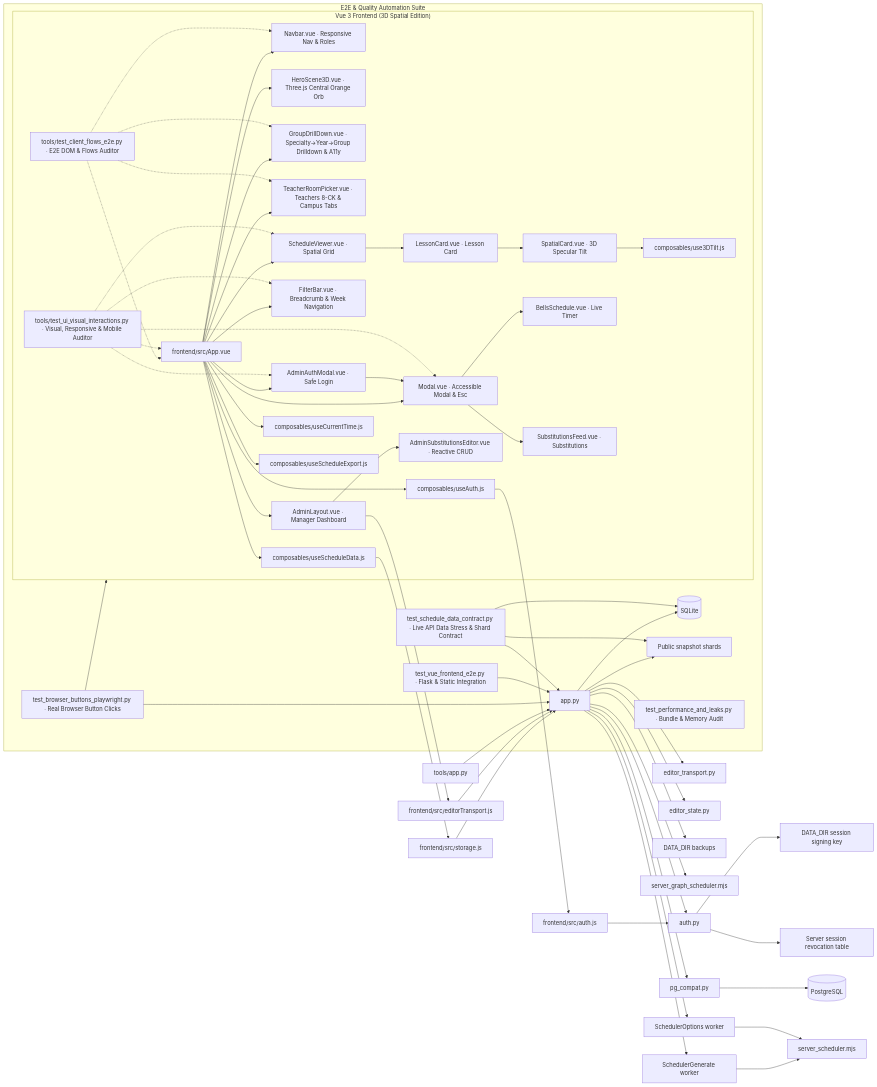
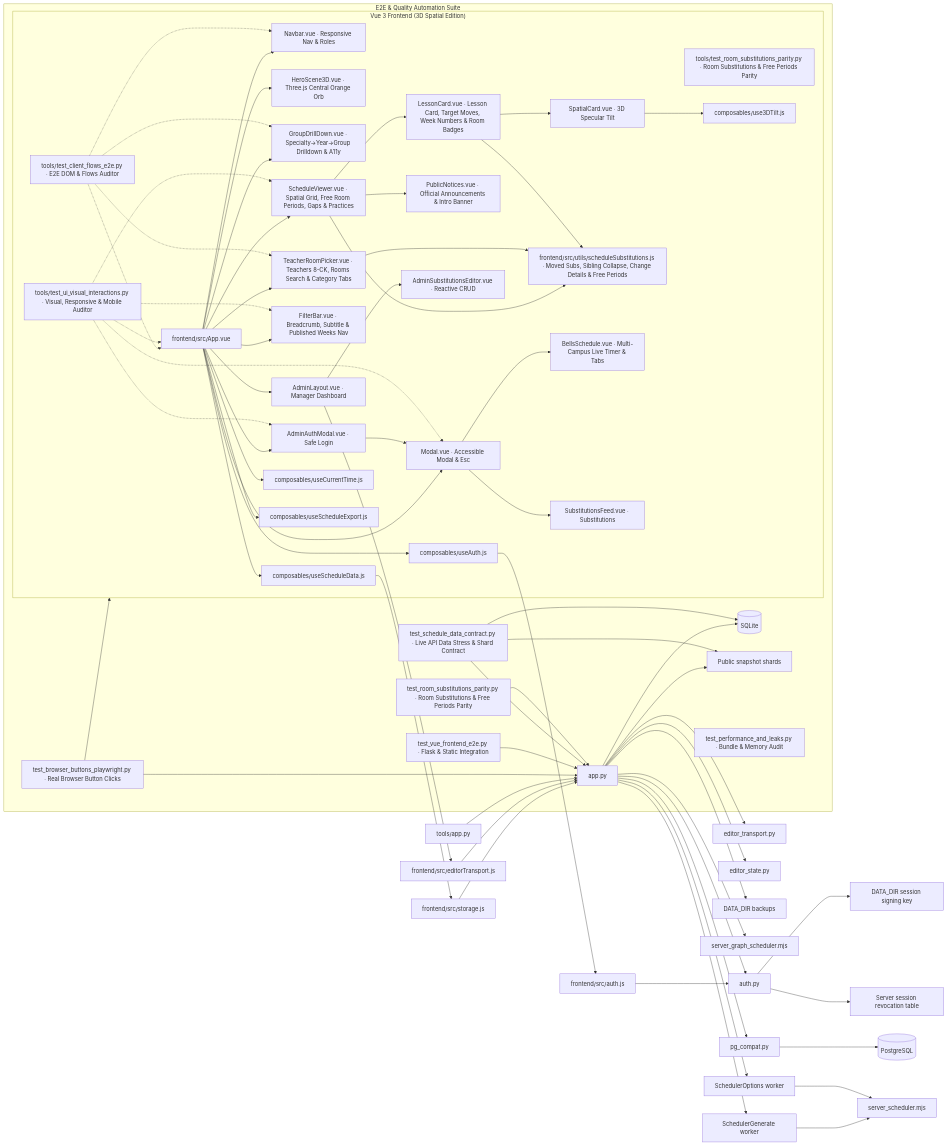
The first of 7 diagrams in docs/UML.md (nikkhl0358-max/time), drawn with Mermaid before and after one commit. The commit also changed other lines of this file and 34 other files, not shown here.

````diff
--- a/docs/UML.md
+++ b/docs/UML.md
@@ -11,19 +11,22 @@
         Navbar[Navbar.vue · Responsive Nav & Roles]
         Hero[HeroScene3D.vue · Three.js Central Orange Orb]
         DrillDown[GroupDrillDown.vue · Specialty->Year->Group Drilldown & A11y]
-        EntityPicker[TeacherRoomPicker.vue · Teachers 8-CK & Campus Tabs]
-        Viewer[ScheduleViewer.vue · Spatial Grid]
-        Card[LessonCard.vue · Lesson Card]
+        EntityPicker[TeacherRoomPicker.vue · Teachers 8-CK, Rooms Search & Category Tabs]
+        Viewer[ScheduleViewer.vue · Spatial Grid, Free Room Periods, Gaps & Practices]
+        Card[LessonCard.vue · Lesson Card, Target Moves, Week Numbers & Room Badges]
         SpatialCard[SpatialCard.vue · 3D Specular Tilt]
-        Filter[FilterBar.vue · Breadcrumb & Week Navigation]
+        Filter[FilterBar.vue · Breadcrumb, Subtitle & Published Weeks Nav]
+        PublicNotices[PublicNotices.vue · Official Announcements & Intro Banner]
+        SubUtil[frontend/src/utils/scheduleSubstitutions.js · Moved Subs, Sibling Collapse, Change Details & Free Periods]
         Modal[Modal.vue · Accessible Modal & Esc]
-        Bells[BellsSchedule.vue · Live Timer]
+        Bells[BellsSchedule.vue · Multi-Campus Live Timer & Tabs]
         Subs[SubstitutionsFeed.vue · Substitutions]
         AuthModal[AdminAuthModal.vue · Safe Login]
         Admin[AdminLayout.vue · Manager Dashboard]
         AdminSubs[AdminSubstitutionsEditor.vue · Reactive CRUD]
         TestClientFlows[tools/test_client_flows_e2e.py · E2E DOM & Flows Auditor]
         TestUIVisual[tools/test_ui_visual_interactions.py · Visual, Responsive & Mobile Auditor]
+        TestRoomSubs[tools/test_room_substitutions_parity.py · Room Substitutions & Free Periods Parity]
         
         App --> Navbar
         App --> Hero
@@ -31,6 +34,10 @@
         App --> EntityPicker
         App --> Viewer
         Viewer --> Card
+        Viewer --> PublicNotices
+        Viewer --> SubUtil
+        EntityPicker --> SubUtil
+        Card --> SubUtil
         Card --> SpatialCard
         App --> Filter
         App --> Modal
@@ -86,11 +93,13 @@
         PerformanceTester["test_performance_and_leaks.py · Bundle & Memory Audit"]
         VueIntegration["test_vue_frontend_e2e.py · Flask & Static Integration"]
         DataContractTester["test_schedule_data_contract.py · Live API Data Stress & Shard Contract"]
+        RoomSubsTester["test_room_substitutions_parity.py · Room Substitutions & Free Periods Parity"]
         PlaywrightTester --> Frontend
         PlaywrightTester --> API
         VueIntegration --> API
         DataContractTester --> API
         DataContractTester --> SQLite
         DataContractTester --> Public
+        RoomSubsTester --> API
     end
 ```
````
